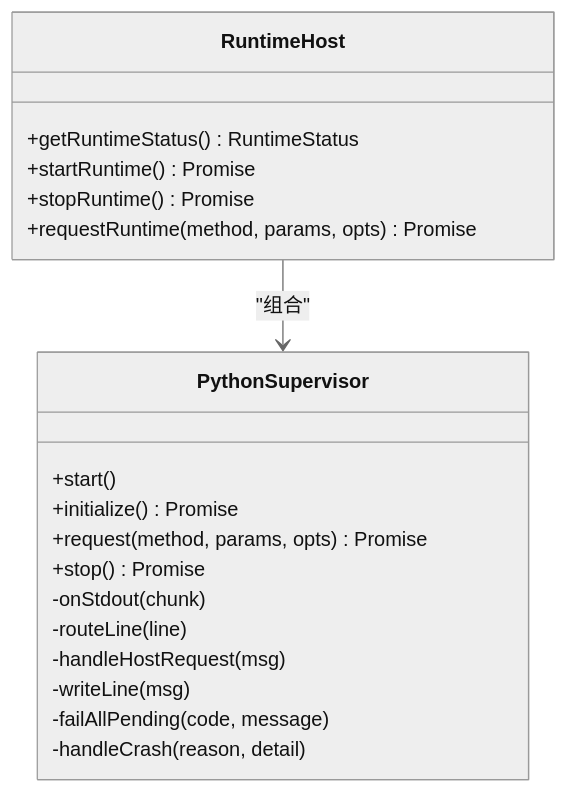
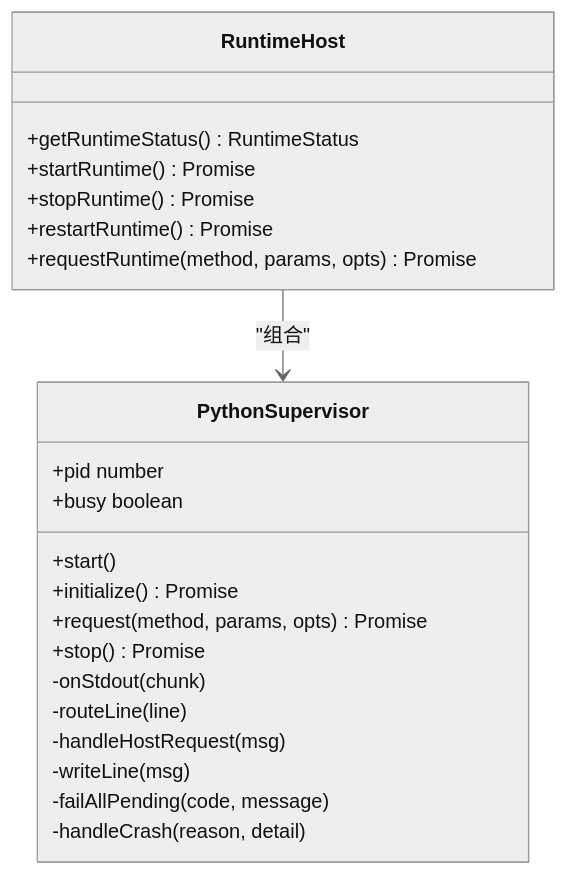
The fifth of 9 diagrams in .repowiki/zh/content/桌面应用/主进程架构.md (Azusa010/personal-agent), drawn with Mermaid (neutral theme) before and after one commit. The commit also changed other lines of this file and 54 other files, not shown here.

````diff
--- a/.repowiki/zh/content/桌面应用/主进程架构.md
+++ b/.repowiki/zh/content/桌面应用/主进程架构.md
@@ -233,22 +235,25 @@
 ```mermaid
 classDiagram
 class PythonSupervisor {
 +start()
 +initialize() Promise
 +request(method, params, opts) Promise
 +stop() Promise
++pid number
++busy boolean
 -onStdout(chunk)
 -routeLine(line)
 -handleHostRequest(msg)
 -writeLine(msg)
 -failAllPending(code, message)
 -handleCrash(reason, detail)
 }
 class RuntimeHost {
 +getRuntimeStatus() RuntimeStatus
 +startRuntime() Promise
 +stopRuntime() Promise
++restartRuntime() Promise
 +requestRuntime(method, params, opts) Promise
 }
 RuntimeHost --> PythonSupervisor : "组合"
 ```
````
